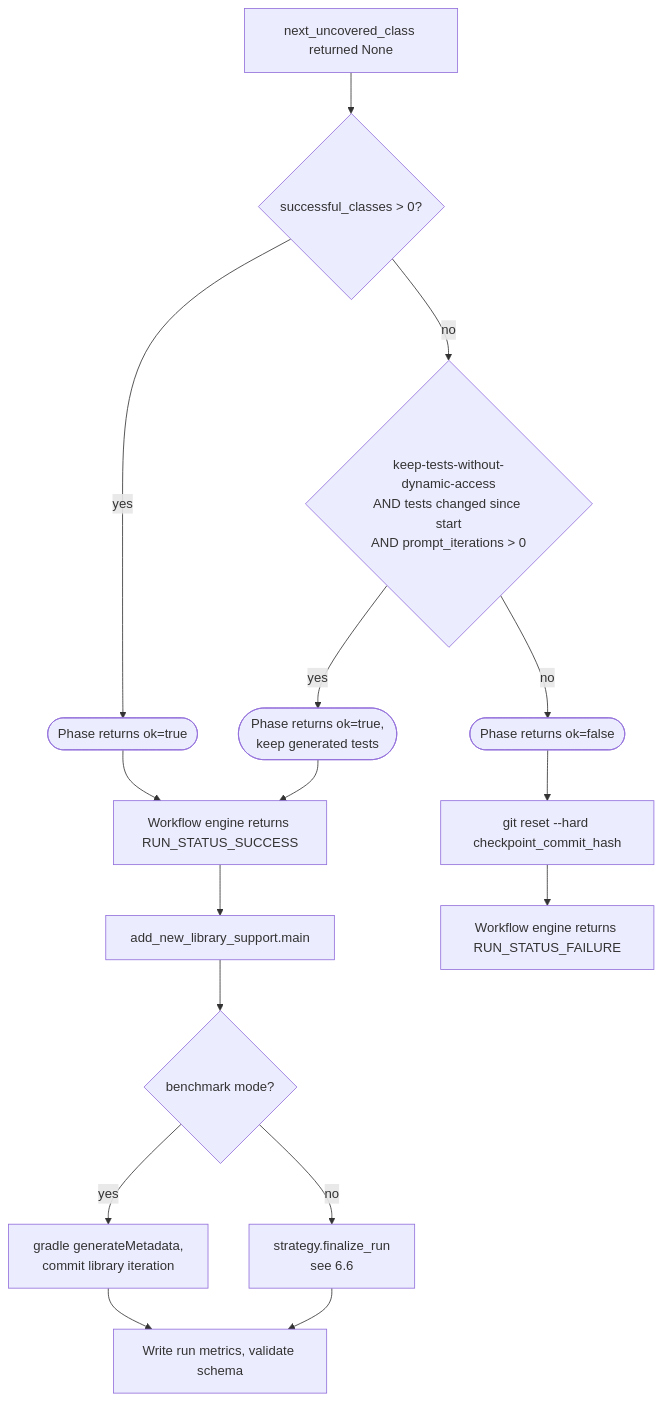
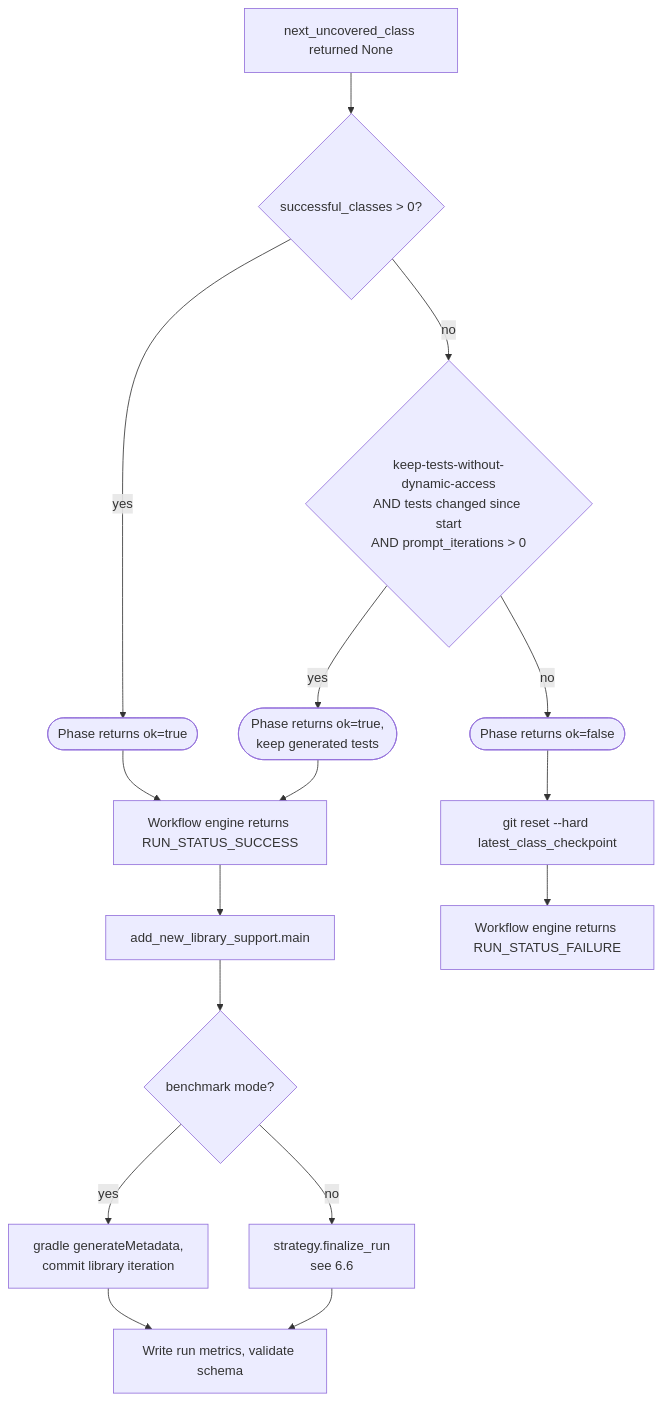
The fourth of 5 diagrams in forge/docs/workflows/dynamic-access.md (oracle/graalvm-reachability-metadata), drawn with Mermaid before and after one commit. The commit also changed other lines of this file and 3 other files, not shown here.

````diff
--- a/forge/docs/workflows/dynamic-access.md
+++ b/forge/docs/workflows/dynamic-access.md
@@ -464,20 +473,20 @@
 ```mermaid
 flowchart TD
     NoMore[next_uncovered_class returned None] --> Improved{successful_classes > 0?}
     Improved -- yes --> PhaseOK([Phase returns ok=true])
     Improved -- no --> Keep{keep-tests-without-dynamic-access<br/>AND tests changed since start<br/>AND prompt_iterations > 0}
     Keep -- yes --> KeepOK([Phase returns ok=true,<br/>keep generated tests])
     Keep -- no --> PhaseFail([Phase returns ok=false])
 
     PhaseOK --> Final[Workflow engine returns RUN_STATUS_SUCCESS]
     KeepOK --> Final
-    PhaseFail --> Reset[git reset --hard checkpoint_commit_hash]
+    PhaseFail --> Reset[git reset --hard latest_class_checkpoint]
     Reset --> FinalFail[Workflow engine returns RUN_STATUS_FAILURE]
 
     Final --> EntryFinalize[add_new_library_support.main]
     EntryFinalize --> Mode{benchmark mode?}
     Mode -- yes --> GenMeta[gradle generateMetadata,<br/>commit library iteration]
     Mode -- no --> StdFinalize[strategy.finalize_run<br/>see 6.6]
     GenMeta --> Metrics[Write run metrics, validate schema]
     StdFinalize --> Metrics
 ```
````
